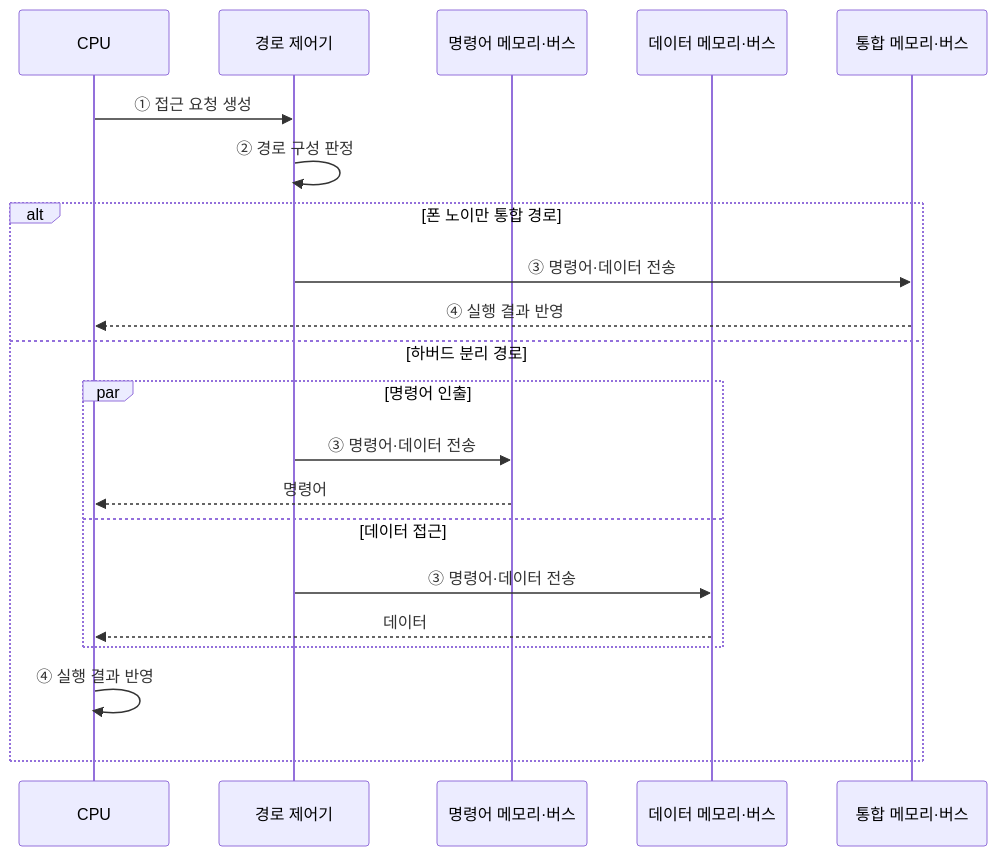
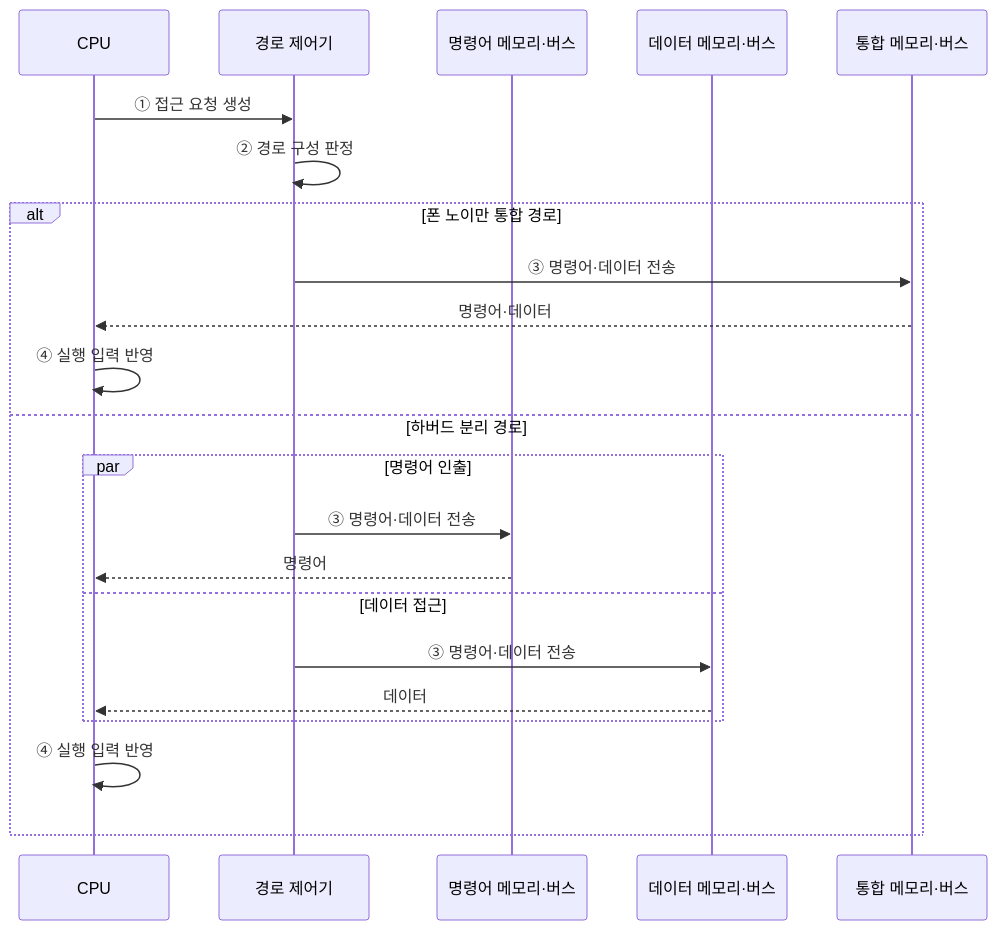
One commit to agnusdei1207/knowledge-base changed the second of 2 diagrams in src/content/docs/notes/02-hardware/001_von_neumann_vs_harvard.md. Above: the diagram before and after it, drawn with Mermaid. The commit also changed other lines of this file and 11 other files, not shown here.

````diff
--- a/src/content/docs/notes/02-hardware/001_von_neumann_vs_harvard.md
+++ b/src/content/docs/notes/02-hardware/001_von_neumann_vs_harvard.md
@@ -90,23 +75,24 @@
 ```mermaid
 sequenceDiagram
     participant C as CPU
     participant P as 경로 제어기
     participant I as 명령어 메모리·버스
     participant D as 데이터 메모리·버스
     participant M as 통합 메모리·버스
     C->>P: ① 접근 요청 생성
     P->>P: ② 경로 구성 판정
     alt 폰 노이만 통합 경로
         P->>M: ③ 명령어·데이터 전송
-        M-->>C: ④ 실행 결과 반영
+        M-->>C: 명령어·데이터
+        C->>C: ④ 실행 입력 반영
     else 하버드 분리 경로
         par 명령어 인출
             P->>I: ③ 명령어·데이터 전송
             I-->>C: 명령어
         and 데이터 접근
             P->>D: ③ 명령어·데이터 전송
             D-->>C: 데이터
         end
-        C->>C: ④ 실행 결과 반영
+        C->>C: ④ 실행 입력 반영
     end
 ```
````
